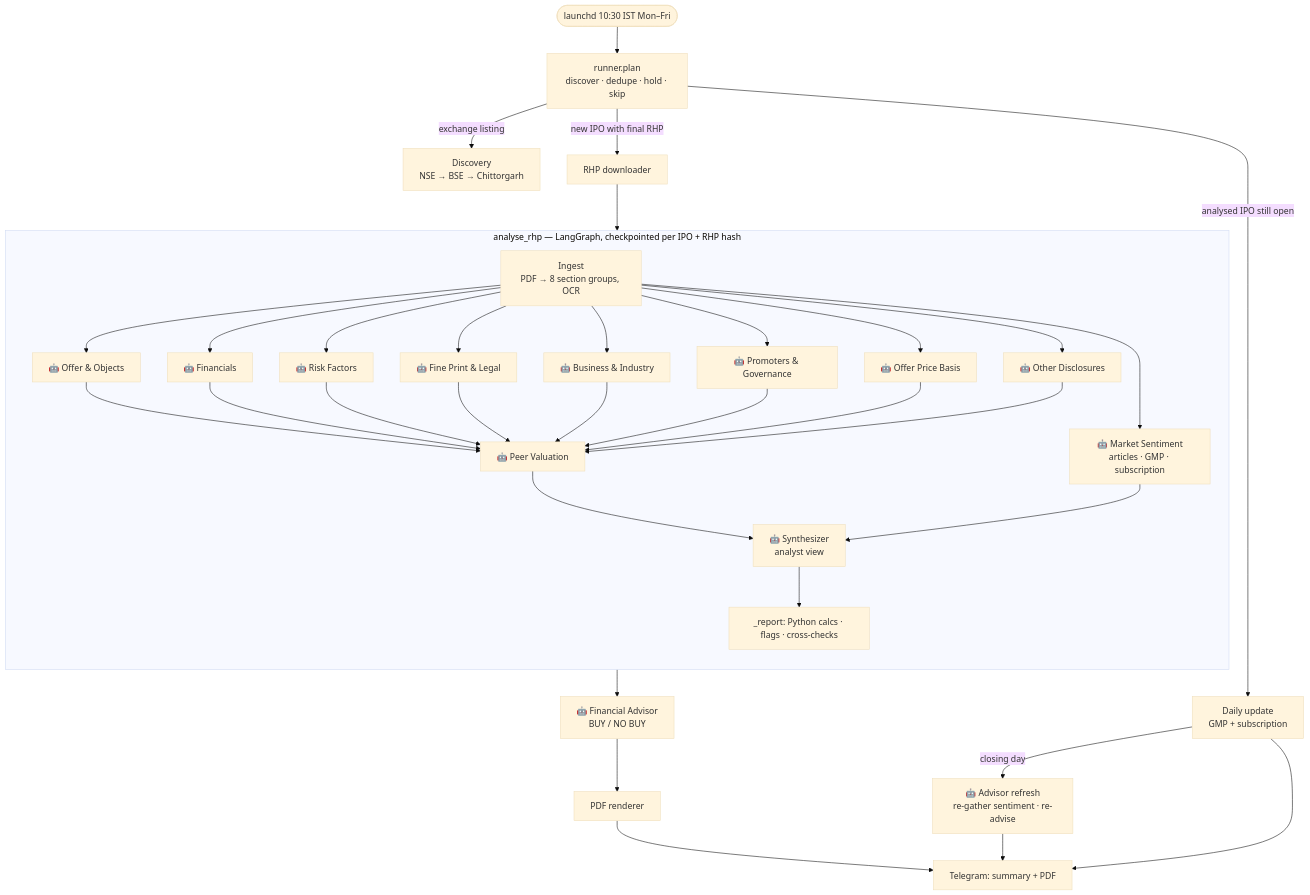
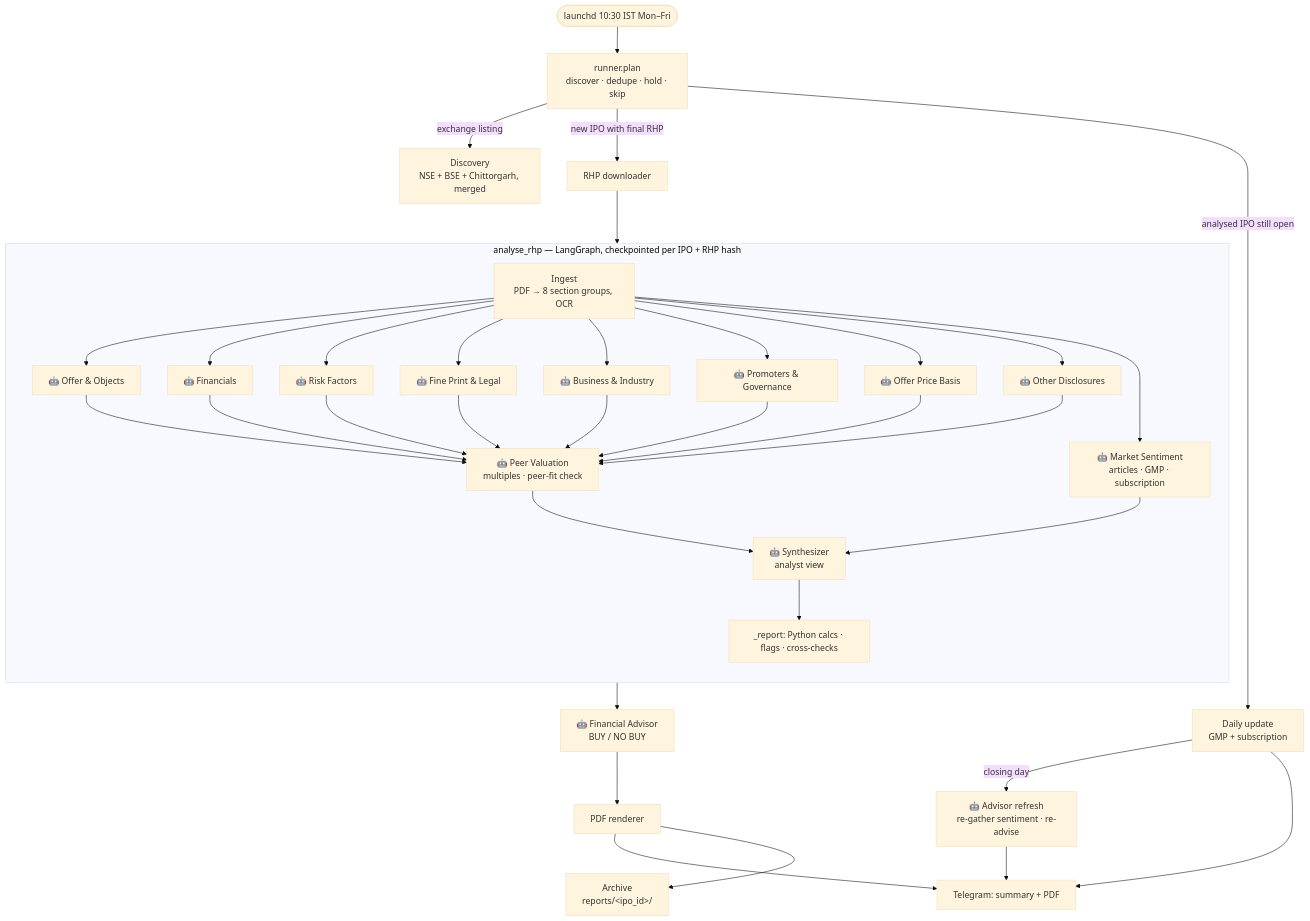
Before and after one commit to RohitTheTechGuy/ipo-analyst-agents: the first of 2 diagrams in docs/agents.md, drawn with Mermaid (base theme). The commit also changed other lines of this file and 12 other files, not shown here.

First line of the commit message:
Peer valuation: the agent defines business-specific multiples on RHP KPIs

````diff
--- a/docs/agents.md
+++ b/docs/agents.md
@@ -11,33 +11,34 @@
 ```mermaid
 flowchart TD
     CRON([launchd 10:30 IST Mon–Fri]) --> PLAN[runner.plan<br/>discover · dedupe · hold · skip]
-    PLAN -->|exchange listing| DISC[Discovery<br/>NSE → BSE → Chittorgarh]
+    PLAN -->|exchange listing| DISC[Discovery<br/>NSE + BSE + Chittorgarh, merged]
     PLAN -->|new IPO with final RHP| DL[RHP downloader]
     DL --> G
 
     subgraph G [analyse_rhp — LangGraph, checkpointed per IPO + RHP hash]
         direction TB
         ING[Ingest<br/>PDF → 8 section groups, OCR] --> S1 & S2 & S3 & S4 & S5 & S6 & S7 & S8 & SENT
         S1[🤖 Offer & Objects]
         S2[🤖 Financials]
         S3[🤖 Risk Factors]
         S4[🤖 Fine Print & Legal]
         S5[🤖 Business & Industry]
         S6[🤖 Promoters & Governance]
         S7[🤖 Offer Price Basis]
         S8[🤖 Other Disclosures]
         SENT[🤖 Market Sentiment<br/>articles · GMP · subscription]
-        S1 & S2 & S3 & S4 & S5 & S6 & S7 & S8 --> VAL[🤖 Peer Valuation]
+        S1 & S2 & S3 & S4 & S5 & S6 & S7 & S8 --> VAL[🤖 Peer Valuation<br/>multiples · peer-fit check]
         VAL & SENT --> SYN[🤖 Synthesizer<br/>analyst view]
         SYN --> REP[_report: Python calcs · flags · cross-checks]
     end
 
     REP --> ADV[🤖 Financial Advisor<br/>BUY / NO BUY]
     ADV --> PDF[PDF renderer]
     PDF --> TG[Telegram: summary + PDF]
+    PDF --> ARC[Archive<br/>reports/&lt;ipo_id&gt;/]
 
     PLAN -->|analysed IPO still open| UPD[Daily update<br/>GMP + subscription]
     UPD -->|closing day| ADV2[🤖 Advisor refresh<br/>re-gather sentiment · re-advise]
     ADV2 --> TG
     UPD --> TG
 ```
````
